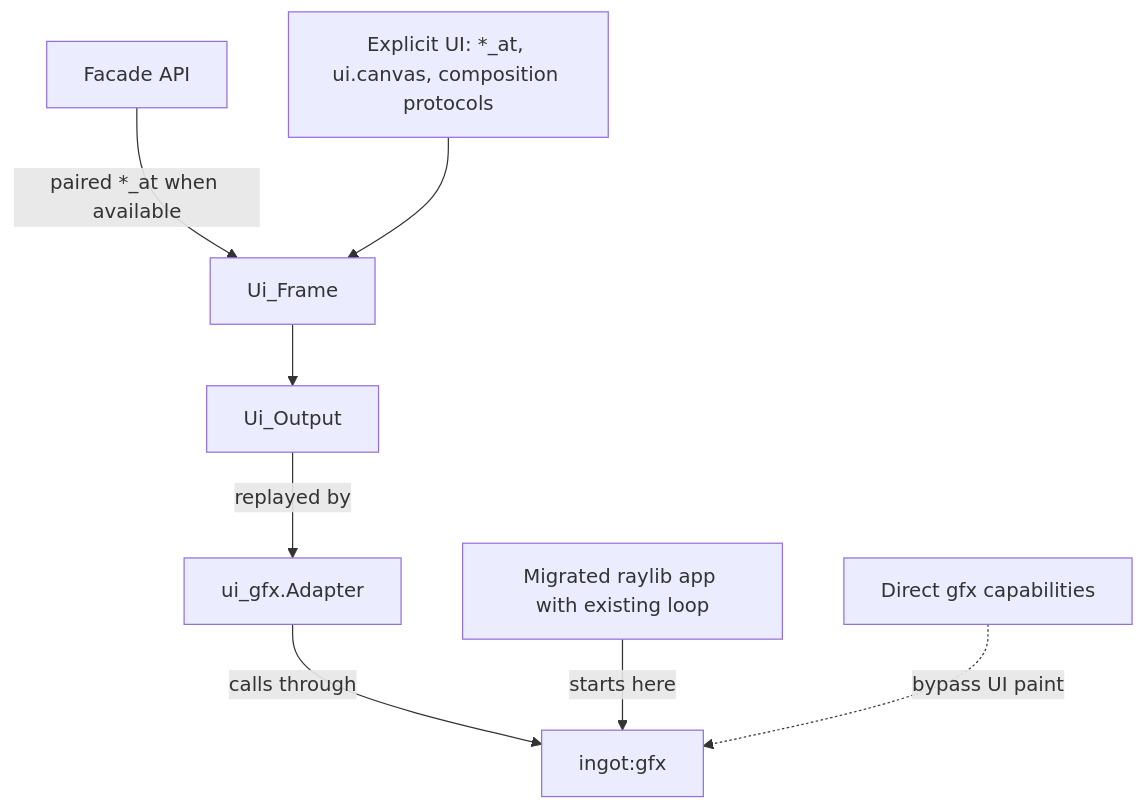
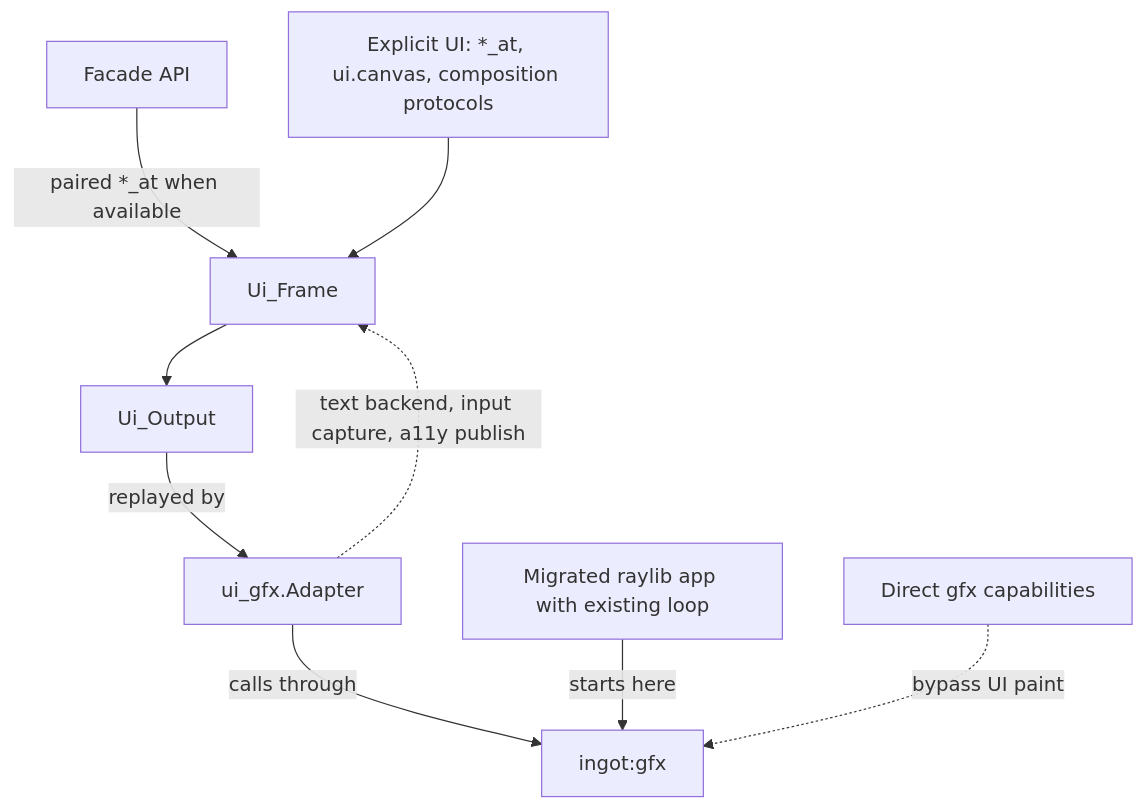
One commit to nic-vdwalt/ingot changed the second of 2 diagrams in docs/api-layers.md. Above: the diagram before and after it, drawn with Mermaid. The commit also changed other lines of this file and 7 other files, not shown here.

````diff
--- a/docs/api-layers.md
+++ b/docs/api-layers.md
@@ -42,10 +50,11 @@
 ```mermaid
 flowchart TB
     FACADE[Facade API] -->|paired *_at when available| FRAME[Ui_Frame]
     EXPLICIT[Explicit UI: *_at, ui.canvas, composition protocols] --> FRAME
     FRAME --> OUTPUT[Ui_Output]
     OUTPUT -->|replayed by| ADAPTER[ui_gfx.Adapter]
     ADAPTER -->|calls through| GFX[ingot:gfx]
+    ADAPTER -.->|text backend, input capture, a11y publish| FRAME
     RAYLIB[Migrated raylib app with existing loop] -->|starts here| GFX
     DIRECT[Direct gfx capabilities] -.->|bypass UI paint| GFX
 ```
````
